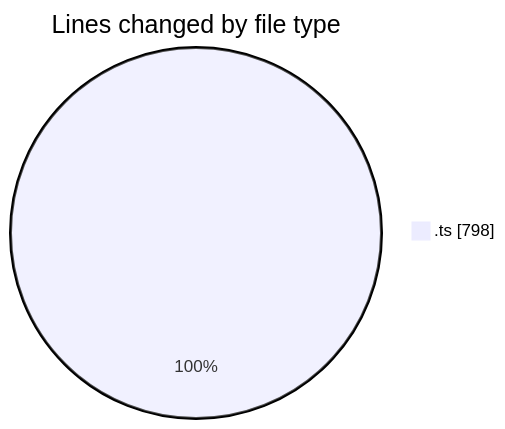
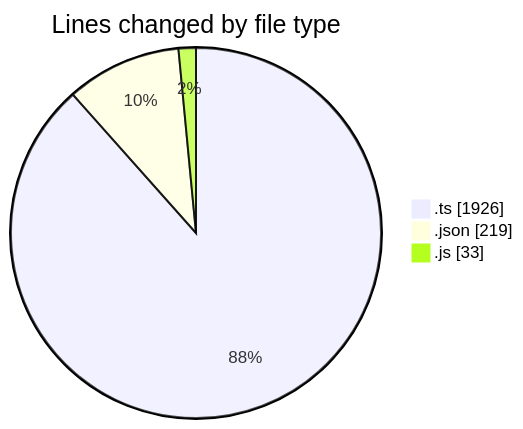
One commit to momahboobian/code-tracking changed the first of 2 diagrams in 2026-05-28/cda/README.md. Above: the diagram before and after it, drawn with Mermaid. The commit also changed other lines of this file and 1 other file, not shown here.

````diff
--- a/2026-05-28/cda/README.md
+++ b/2026-05-28/cda/README.md
@@ -21,5 +27,7 @@
 ```mermaid
 pie showData
 title Lines changed by file type
-".ts" : 798
+".ts" : 1926
+".json" : 219
+".js" : 33
 ```
````
